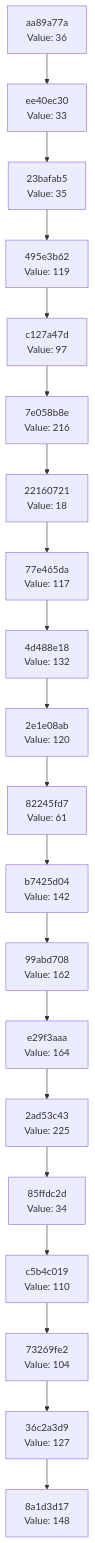
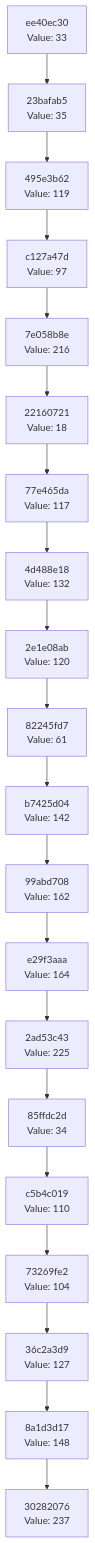
The diagram in docs/CHAIN_VISUALIZATION.md (Abhisheksinha1506/hash-chain-evolver), drawn with Mermaid before and after one commit. The commit also changed 2 other files, not shown here.

Commit message:
Evolution Step

````diff
--- a/docs/CHAIN_VISUALIZATION.md
+++ b/docs/CHAIN_VISUALIZATION.md
@@ -3,42 +3,42 @@
 ```mermaid
 graph TD
-    C0["8a1d3d17<br/>Value: 148"]
-    C1["36c2a3d9<br/>Value: 127"]
+    C0["30282076<br/>Value: 237"]
+    C1["8a1d3d17<br/>Value: 148"]
     C1 --> C0
-    C2["73269fe2<br/>Value: 104"]
+    C2["36c2a3d9<br/>Value: 127"]
     C2 --> C1
-    C3["c5b4c019<br/>Value: 110"]
+    C3["73269fe2<br/>Value: 104"]
     C3 --> C2
-    C4["85ffdc2d<br/>Value: 34"]
+    C4["c5b4c019<br/>Value: 110"]
     C4 --> C3
-    C5["2ad53c43<br/>Value: 225"]
+    C5["85ffdc2d<br/>Value: 34"]
     C5 --> C4
-    C6["e29f3aaa<br/>Value: 164"]
+    C6["2ad53c43<br/>Value: 225"]
     C6 --> C5
-    C7["99abd708<br/>Value: 162"]
+    C7["e29f3aaa<br/>Value: 164"]
     C7 --> C6
-    C8["b7425d04<br/>Value: 142"]
+    C8["99abd708<br/>Value: 162"]
     C8 --> C7
-    C9["82245fd7<br/>Value: 61"]
+    C9["b7425d04<br/>Value: 142"]
     C9 --> C8
-    C10["2e1e08ab<br/>Value: 120"]
+    C10["82245fd7<br/>Value: 61"]
     C10 --> C9
-    C11["4d488e18<br/>Value: 132"]
+    C11["2e1e08ab<br/>Value: 120"]
     C11 --> C10
-    C12["77e465da<br/>Value: 117"]
+    C12["4d488e18<br/>Value: 132"]
     C12 --> C11
-    C13["22160721<br/>Value: 18"]
+    C13["77e465da<br/>Value: 117"]
     C13 --> C12
-    C14["7e058b8e<br/>Value: 216"]
+    C14["22160721<br/>Value: 18"]
     C14 --> C13
-    C15["c127a47d<br/>Value: 97"]
+    C15["7e058b8e<br/>Value: 216"]
     C15 --> C14
-    C16["495e3b62<br/>Value: 119"]
+    C16["c127a47d<br/>Value: 97"]
     C16 --> C15
-    C17["23bafab5<br/>Value: 35"]
+    C17["495e3b62<br/>Value: 119"]
     C17 --> C16
-    C18["ee40ec30<br/>Value: 33"]
+    C18["23bafab5<br/>Value: 35"]
     C18 --> C17
-    C19["aa89a77a<br/>Value: 36"]
+    C19["ee40ec30<br/>Value: 33"]
     C19 --> C18
 ```
````
